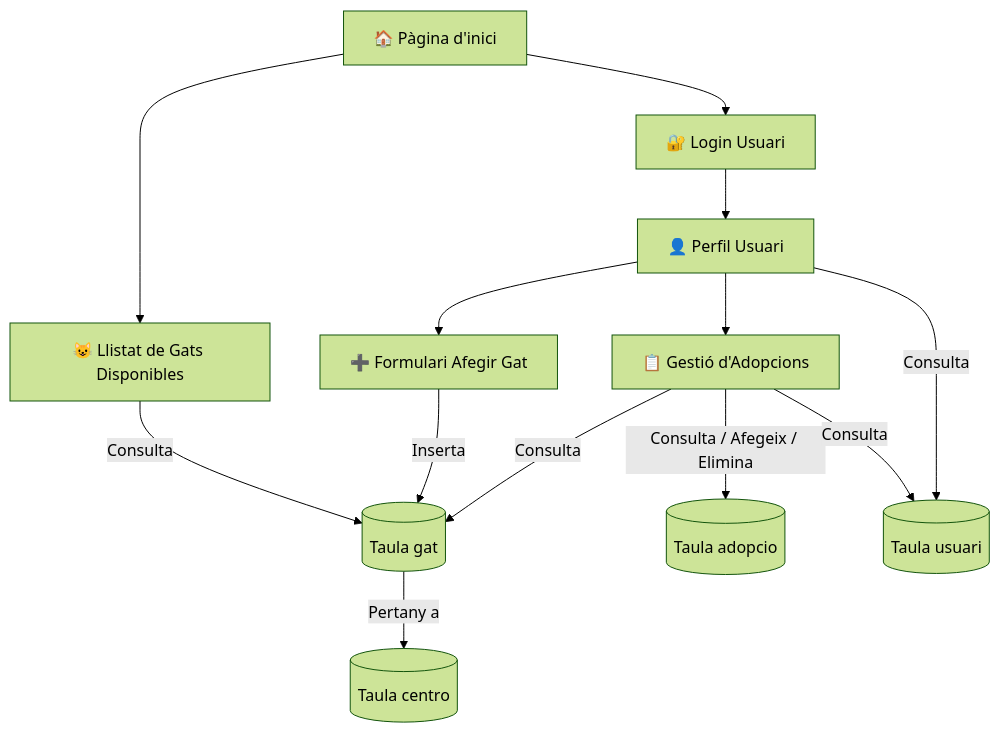
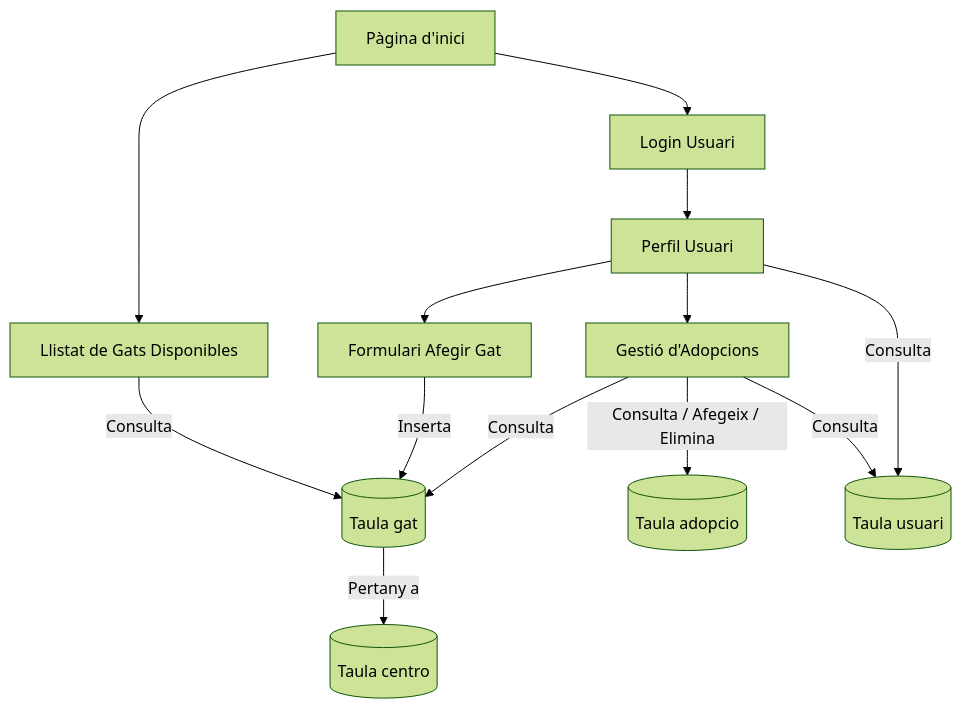
Before and after one commit to lauragrr1/Projecte-Entorns: the diagram in frontEnd.mmd, drawn with Mermaid (forest theme).

```diff
--- a/frontEnd.mmd
+++ b/frontEnd.mmd
@@ -1,24 +1,24 @@
 graph TD
     %% Pantalles principals del front-end
-    Inici["🏠 Pàgina d'inici"]
-    VeureGats["😺 Llistat de Gats Disponibles"]
-    AfegirGat["➕ Formulari Afegir Gat"]
-    GestionarAdopcions["📋 Gestió d'Adopcions"]
-    Login["🔐 Login Usuari"]
-    PerfilUsuari["👤 Perfil Usuari"]
+    Inici["Pàgina d'inici"]
+    VeureGats["Llistat de Gats Disponibles"]
+    AfegirGat["Formulari Afegir Gat"]
+    GestionarAdopcions["Gestió d'Adopcions"]
+    Login["Login Usuari"]
+    PerfilUsuari["Perfil Usuari"]
 
     %% Relacions entre pantalles
     Inici --> VeureGats
     Inici --> Login
     Login --> PerfilUsuari
     PerfilUsuari --> GestionarAdopcions
     PerfilUsuari --> AfegirGat
 
     %% Relacions amb entitats del sistema
     VeureGats -->|Consulta| Gat[(Taula gat)]
     AfegirGat -->|Inserta| Gat
     GestionarAdopcions -->|Consulta / Afegeix / Elimina| Adopcio[(Taula adopcio)]
     GestionarAdopcions -->|Consulta| Usuari[(Taula usuari)]
     GestionarAdopcions -->|Consulta| Gat
     PerfilUsuari -->|Consulta| Usuari
     Gat -->|Pertany a| Centro[(Taula centro)]
```
